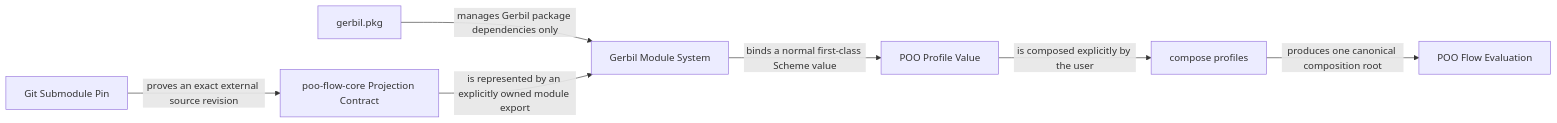
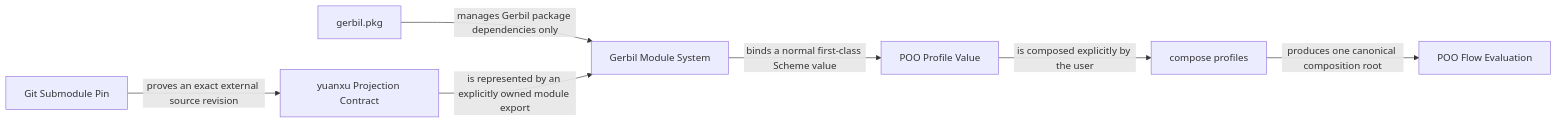
One commit to tao3k/gebril-yuanxu changed the second of 2 diagrams in module-system/design/45-79-submodule-package-module-and-profile-ownership-boundaries.org. Above: the diagram before and after it, drawn with Mermaid. The commit also changed other lines of this file and 114 other files, not shown here.

```diff
--- a/module-system/design/45-79-submodule-package-module-and-profile-ownership-boundaries.org
+++ b/module-system/design/45-79-submodule-package-module-and-profile-ownership-boundaries.org
@@ -232,9 +232,9 @@
 #+begin_src mermaid
 flowchart LR
-    S["Git Submodule Pin"] -->|"proves an exact external source revision"| P["poo-flow-core Projection Contract"]
+    S["Git Submodule Pin"] -->|"proves an exact external source revision"| P["yuanxu Projection Contract"]
     G["gerbil.pkg"] -->|"manages Gerbil package dependencies only"| M["Gerbil Module System"]
     P -->|"is represented by an explicitly owned module export"| M
     M -->|"binds a normal first-class Scheme value"| V["POO Profile Value"]
     V -->|"is composed explicitly by the user"| C["compose profiles"]
     C -->|"produces one canonical composition root"| R["POO Flow Evaluation"]
 #+end_src
```
